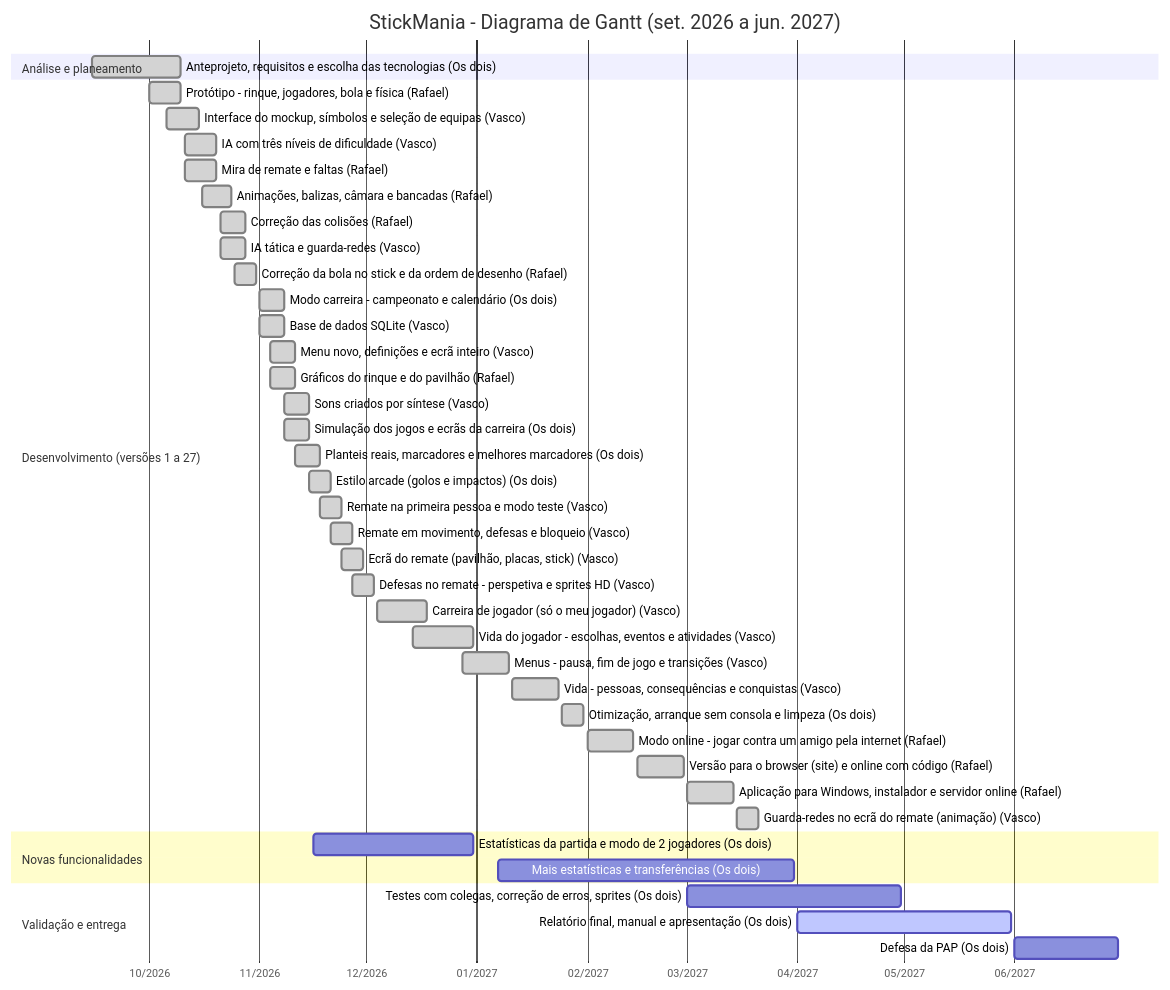
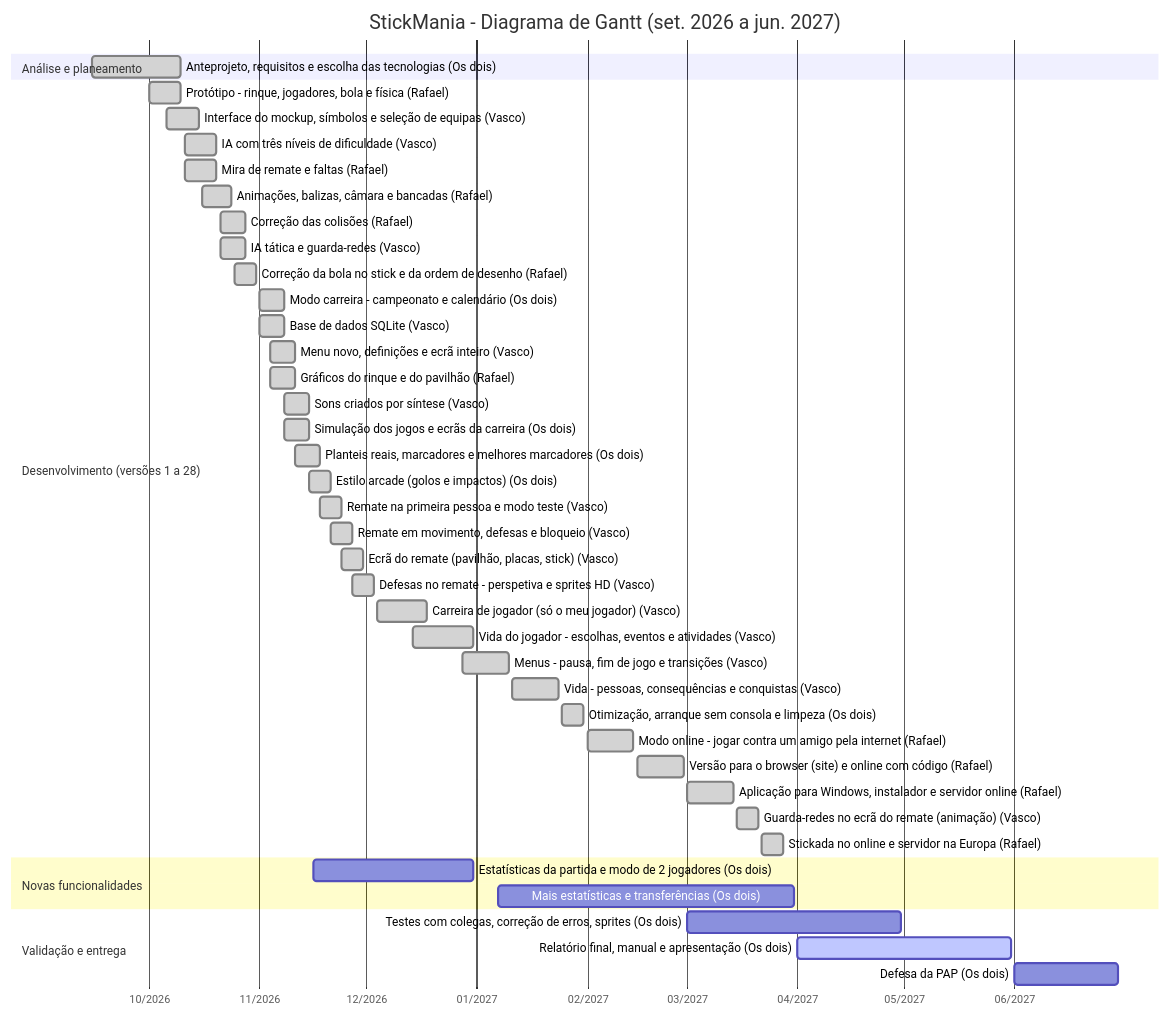
Before and after one commit to RafaelSilveira23/Stickmaniapap: the diagram in docs/GANTT.md, drawn with Mermaid. The commit also changed other lines of this file and 13 other files, not shown here.

First line of the commit message:
docs: versao 28 (stickada online e servidor na Europa), instalador novo

````diff
--- a/docs/GANTT.md
+++ b/docs/GANTT.md
@@ -13,47 +13,48 @@
 ```mermaid
 gantt
     title StickMania - Diagrama de Gantt (set. 2026 a jun. 2027)
     dateFormat YYYY-MM-DD
     axisFormat %m/%Y
     tickInterval 1month
     todayMarker off
     section Análise e planeamento
     Anteprojeto, requisitos e escolha das tecnologias (Os dois) :done, t1, 2026-09-15, 2026-10-10
-    section Desenvolvimento (versões 1 a 27)
+    section Desenvolvimento (versões 1 a 28)
     Protótipo - rinque, jogadores, bola e física (Rafael) :done, t2, 2026-10-01, 2026-10-10
     Interface do mockup, símbolos e seleção de equipas (Vasco) :done, t3, 2026-10-06, 2026-10-15
     IA com três níveis de dificuldade (Vasco) :done, t4, 2026-10-11, 2026-10-20
     Mira de remate e faltas (Rafael) :done, t5, 2026-10-11, 2026-10-20
     Animações, balizas, câmara e bancadas (Rafael) :done, t6, 2026-10-16, 2026-10-24
     Correção das colisões (Rafael) :done, t7, 2026-10-21, 2026-10-28
     IA tática e guarda-redes (Vasco) :done, t8, 2026-10-21, 2026-10-28
     Correção da bola no stick e da ordem de desenho (Rafael) :done, t9, 2026-10-25, 2026-10-31
     Modo carreira - campeonato e calendário (Os dois) :done, t10, 2026-11-01, 2026-11-08
     Base de dados SQLite (Vasco) :done, t11, 2026-11-01, 2026-11-08
     Menu novo, definições e ecrã inteiro (Vasco) :done, t12, 2026-11-04, 2026-11-11
     Gráficos do rinque e do pavilhão (Rafael) :done, t13, 2026-11-04, 2026-11-11
     Sons criados por síntese (Vasco) :done, t14, 2026-11-08, 2026-11-15
     Simulação dos jogos e ecrãs da carreira (Os dois) :done, t15, 2026-11-08, 2026-11-15
     Planteis reais, marcadores e melhores marcadores (Os dois) :done, t16, 2026-11-11, 2026-11-18
     Estilo arcade (golos e impactos) (Os dois) :done, t17, 2026-11-15, 2026-11-21
     Remate na primeira pessoa e modo teste (Vasco) :done, t18, 2026-11-18, 2026-11-24
     Remate em movimento, defesas e bloqueio (Vasco) :done, t19, 2026-11-21, 2026-11-27
     Ecrã do remate (pavilhão, placas, stick) (Vasco) :done, t20, 2026-11-24, 2026-11-30
     Defesas no remate - perspetiva e sprites HD (Vasco) :done, t21, 2026-11-27, 2026-12-03
     Carreira de jogador (só o meu jogador) (Vasco) :done, t22, 2026-12-04, 2026-12-18
     Vida do jogador - escolhas, eventos e atividades (Vasco) :done, t23, 2026-12-14, 2026-12-31
     Menus - pausa, fim de jogo e transições (Vasco) :done, t24, 2026-12-28, 2027-01-10
     Vida - pessoas, consequências e conquistas (Vasco) :done, t25, 2027-01-11, 2027-01-24
     Otimização, arranque sem consola e limpeza (Os dois) :done, t26, 2027-01-25, 2027-01-31
     Modo online - jogar contra um amigo pela internet (Rafael) :done, t27, 2027-02-01, 2027-02-14
     Versão para o browser (site) e online com código (Rafael) :done, t28, 2027-02-15, 2027-02-28
     Aplicação para Windows, instalador e servidor online (Rafael) :done, t29, 2027-03-01, 2027-03-14
     Guarda-redes no ecrã do remate (animação) (Vasco) :done, t30, 2027-03-15, 2027-03-21
+    Stickada no online e servidor na Europa (Rafael) :done, t31, 2027-03-22, 2027-03-28
     section Novas funcionalidades
-    Estatísticas da partida e modo de 2 jogadores (Os dois) :t31, 2026-11-16, 2026-12-31
-    Mais estatísticas e transferências (Os dois) :t32, 2027-01-07, 2027-03-31
+    Estatísticas da partida e modo de 2 jogadores (Os dois) :t32, 2026-11-16, 2026-12-31
+    Mais estatísticas e transferências (Os dois) :t33, 2027-01-07, 2027-03-31
     section Validação e entrega
-    Testes com colegas, correção de erros, sprites (Os dois) :t33, 2027-03-01, 2027-04-30
-    Relatório final, manual e apresentação (Os dois) :active, t34, 2027-04-01, 2027-05-31
-    Defesa da PAP (Os dois) :t35, 2027-06-01, 2027-06-30
+    Testes com colegas, correção de erros, sprites (Os dois) :t34, 2027-03-01, 2027-04-30
+    Relatório final, manual e apresentação (Os dois) :active, t35, 2027-04-01, 2027-05-31
+    Defesa da PAP (Os dois) :t36, 2027-06-01, 2027-06-30
 ```
````
